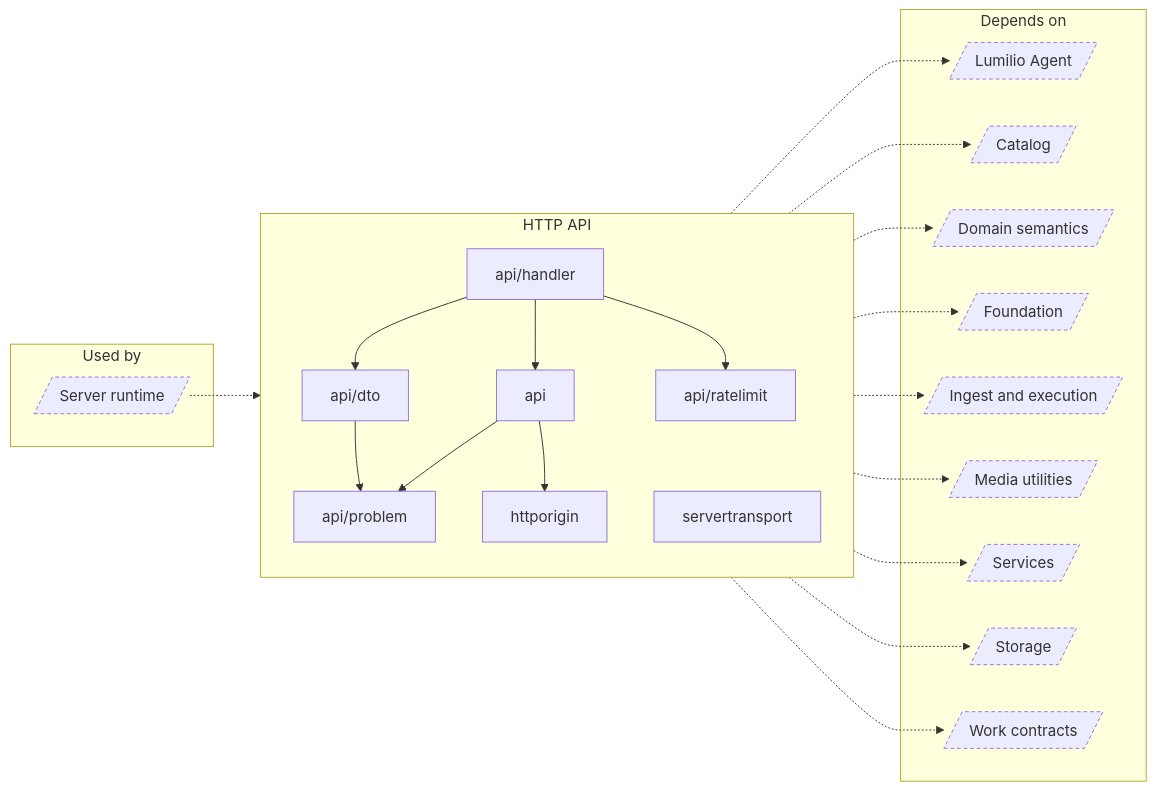
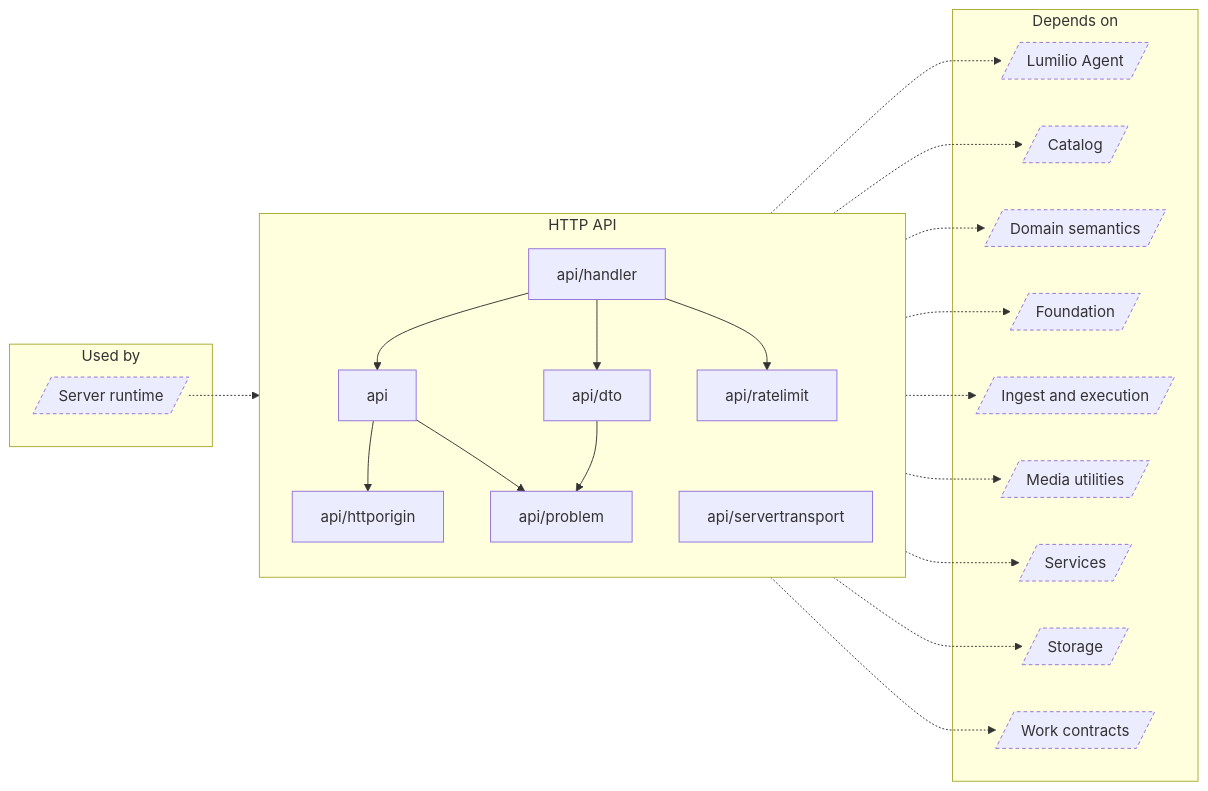
Before and after one commit to EdwinZhanCN/Lumilio-Photos: the diagram in docs/atlas/generated/architecture/group-http.md, drawn with Mermaid. The commit also changed other lines of this file and 936 other files, not shown here.

````diff
--- a/docs/atlas/generated/architecture/group-http.md
+++ b/docs/atlas/generated/architecture/group-http.md
@@ -9,44 +9,44 @@
 ```mermaid
 flowchart LR
     subgraph n_g_Used_by["Used by"]
         n_in_runtime[/"Server runtime"/]
     end
     subgraph n_g_HTTP_API["HTTP API"]
         n_server_internal_api["api"]
         n_server_internal_api_dto["api/dto"]
         n_server_internal_api_handler["api/handler"]
+        n_server_internal_api_httporigin["api/httporigin"]
         n_server_internal_api_problem["api/problem"]
         n_server_internal_api_ratelimit["api/ratelimit"]
-        n_server_internal_httporigin["httporigin"]
-        n_server_internal_servertransport["servertransport"]
+        n_server_internal_api_servertransport["api/servertransport"]
     end
     subgraph n_g_Depends_on["Depends on"]
         n_out_agent[/"Lumilio Agent"/]
         n_out_catalog[/"Catalog"/]
         n_out_domain[/"Domain semantics"/]
         n_out_foundation[/"Foundation"/]
         n_out_ingest[/"Ingest and execution"/]
         n_out_media[/"Media utilities"/]
         n_out_service[/"Services"/]
         n_out_storage[/"Storage"/]
         n_out_work[/"Work contracts"/]
     end
     n_in_runtime -.-> n_g_HTTP_API
+    n_server_internal_api --> n_server_internal_api_httporigin
     n_server_internal_api --> n_server_internal_api_problem
-    n_server_internal_api --> n_server_internal_httporigin
     n_server_internal_api_dto --> n_server_internal_api_problem
     n_server_internal_api_handler --> n_server_internal_api
     n_server_internal_api_handler --> n_server_internal_api_dto
     n_server_internal_api_handler --> n_server_internal_api_ratelimit
     n_g_HTTP_API -.-> n_out_agent
     n_g_HTTP_API -.-> n_out_catalog
     n_g_HTTP_API -.-> n_out_domain
     n_g_HTTP_API -.-> n_out_foundation
     n_g_HTTP_API -.-> n_out_ingest
     n_g_HTTP_API -.-> n_out_media
     n_g_HTTP_API -.-> n_out_service
     n_g_HTTP_API -.-> n_out_storage
     n_g_HTTP_API -.-> n_out_work
     classDef external stroke-dasharray:4 3
     class n_in_runtime,n_out_agent,n_out_catalog,n_out_domain,n_out_foundation,n_out_ingest,n_out_media,n_out_service,n_out_storage,n_out_work external
 ```
````
